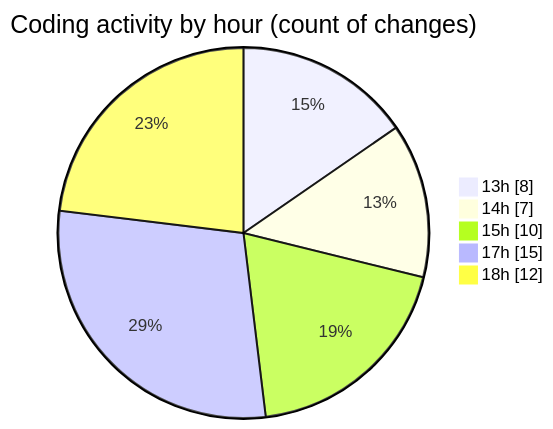
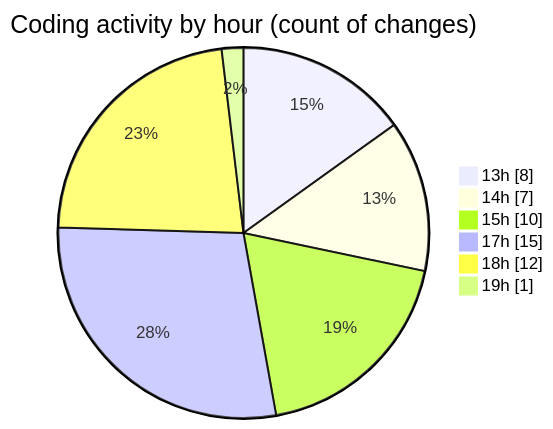
One commit to BS-eng2023/code-tracking changed the second of 2 diagrams in 2025-04-03/jsvms/README.md. Above: the diagram before and after it, drawn with Mermaid. The commit also changed other lines of this file and 1 other file, not shown here.

````diff
--- a/2025-04-03/jsvms/README.md
+++ b/2025-04-03/jsvms/README.md
@@ -39,9 +40,10 @@
 ```mermaid
 pie showData
 title Coding activity by hour (count of changes)
 "13h" : 8
 "14h" : 7
 "15h" : 10
 "17h" : 15
 "18h" : 12
+"19h" : 1
 ```
````
